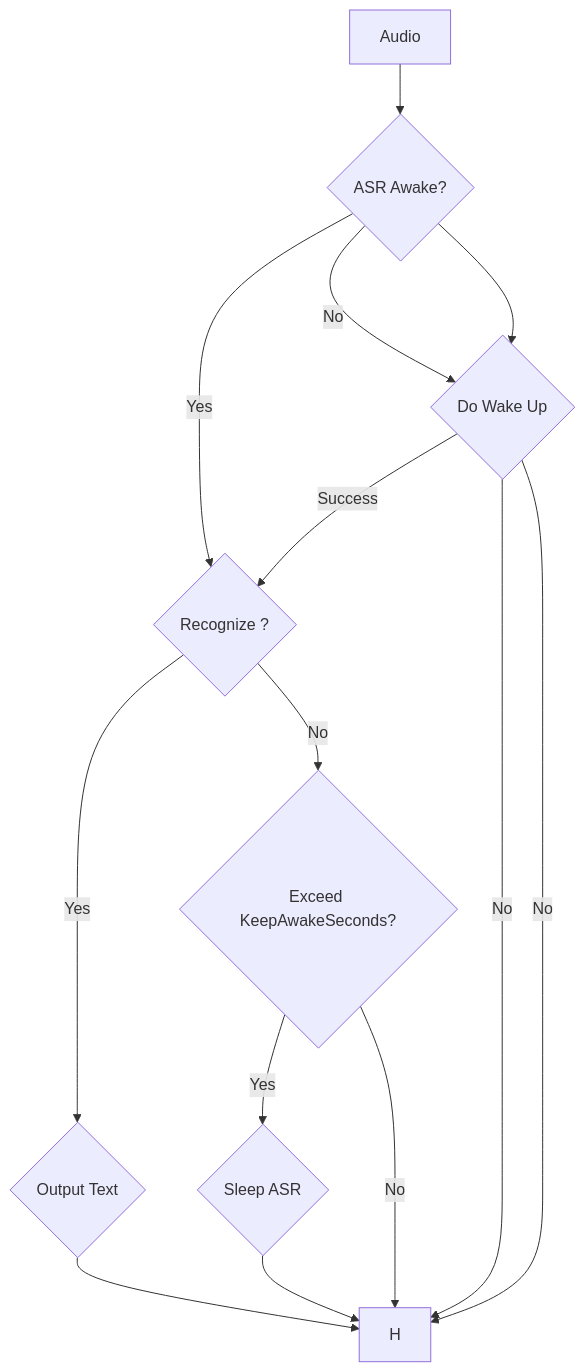
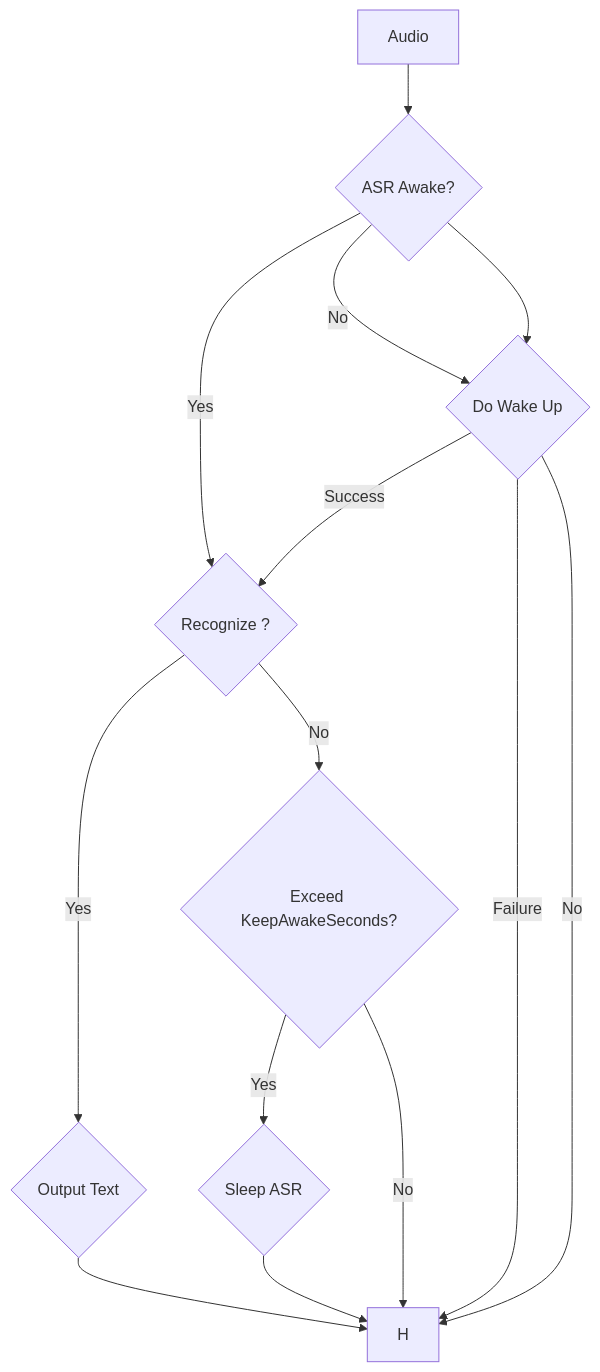
The diagram in docs/speech/wakeup.md (endink/Mediapipe4u-plugin), drawn with Mermaid before and after one commit.

````diff
--- a/docs/speech/wakeup.md
+++ b/docs/speech/wakeup.md
@@ -63,21 +63,21 @@
 ``` mermaid
 graph TD
   A[Audio] --> B{ASR Awake?};
   B --> |Yes| D{Recognize ?};
   B --> |No| C{Loop Next}
   B --> C{Do Wake Up};
   C --> |Success| D
-  C --> |No| H
+  C --> |Failure| H
 
   D -->|Yes| E{Output Text};
   E --> H
  
   D -->|No| F{Exceed KeepAwakeSeconds?};
 
   F --> |Yes| G{Sleep ASR}
   G --> H
   F --> |No| H
   
   C ---->|No| H;
   
 ```
````
